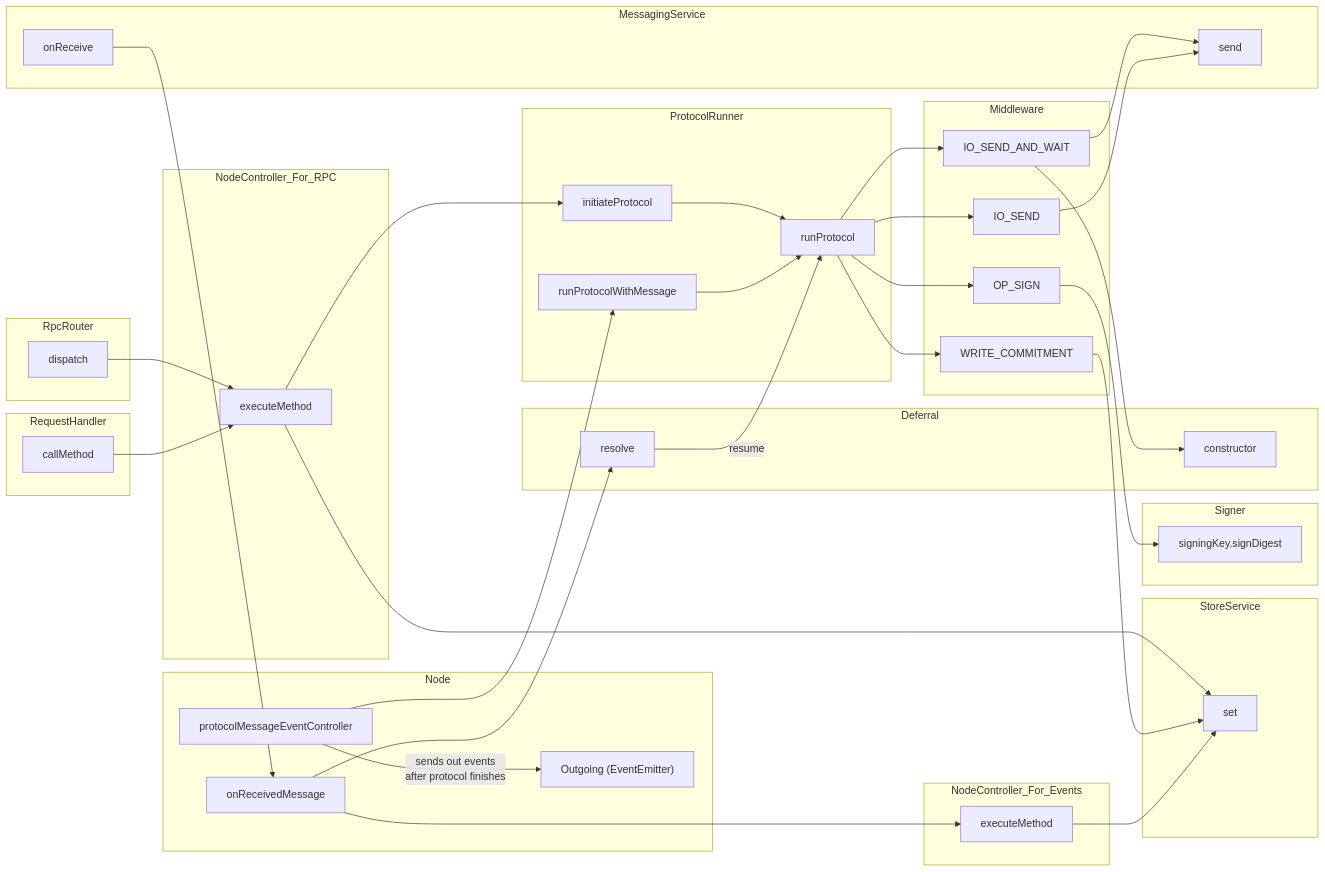
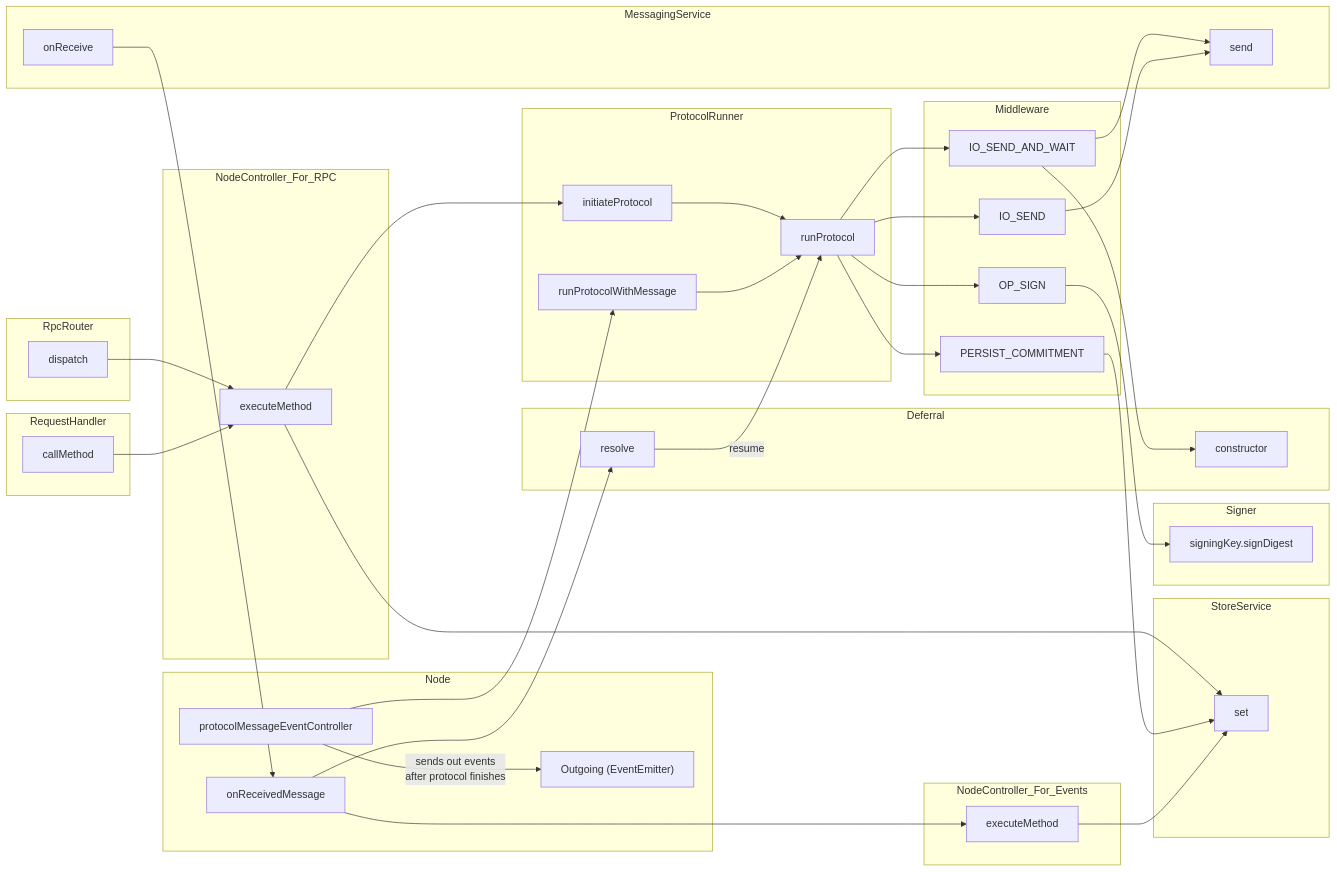
The diagram in modules/cf-core/docs/source/diagrams/node-cfg.mmd (connext/indra), drawn with Mermaid before and after one commit. The commit also changed 12 other files, not shown here.

```diff
--- a/modules/cf-core/docs/source/diagrams/node-cfg.mmd
+++ b/modules/cf-core/docs/source/diagrams/node-cfg.mmd
@@ -1,70 +1,70 @@
 graph LR
   subgraph MessagingService
     onReceive
     send
   end
 
   subgraph RequestHandler
     callMethod
   end
 
   subgraph RpcRouter
     dispatch
   end
 
   subgraph StoreService
     storeServiceSet["set"]
   end
 
   subgraph NodeController_For_RPC
     rpcExecute["executeMethod"]-->storeServiceSet
     dispatch-->rpcExecute
     callMethod-->rpcExecute
   end
 
   subgraph Middleware
     IO_SEND_AND_WAIT
     IO_SEND
     OP_SIGN
-    WRITE_COMMITMENT-->storeServiceSet
+    PERSIST_COMMITMENT-->storeServiceSet
     IO_SEND_AND_WAIT-->send
     IO_SEND-->send
   end
   subgraph Deferral
     ioSendDeferrals["resolve"]
     deferralCtor["constructor"]
   end
 
   subgraph Signer
     signDigest["signingKey.signDigest"]
   end
 
   subgraph Node
     onReceivedMessage
     onReceive-->onReceivedMessage
     onReceivedMessage-->ioSendDeferrals
     outgoing["Outgoing (EventEmitter)"]
     protocolMessageEventController-->|sends out events <br>after protocol finishes|outgoing
     OP_SIGN-->signDigest
   end
 
   subgraph NodeController_For_Events
     eventExecute["executeMethod"]-->storeServiceSet
     onReceivedMessage-->eventExecute
   end
 
   subgraph ProtocolRunner
     initiateProtocol
     runProtocolWithMessage
     protocolMessageEventController-->runProtocolWithMessage
     rpcExecute-->initiateProtocol
     runProtocol
     initiateProtocol-->runProtocol
     runProtocolWithMessage-->runProtocol
     ioSendDeferrals-->|resume|runProtocol
     IO_SEND_AND_WAIT-->deferralCtor
     runProtocol-->IO_SEND_AND_WAIT
     runProtocol-->IO_SEND
     runProtocol-->OP_SIGN
-    runProtocol-->WRITE_COMMITMENT
+    runProtocol-->PERSIST_COMMITMENT
   end
```
